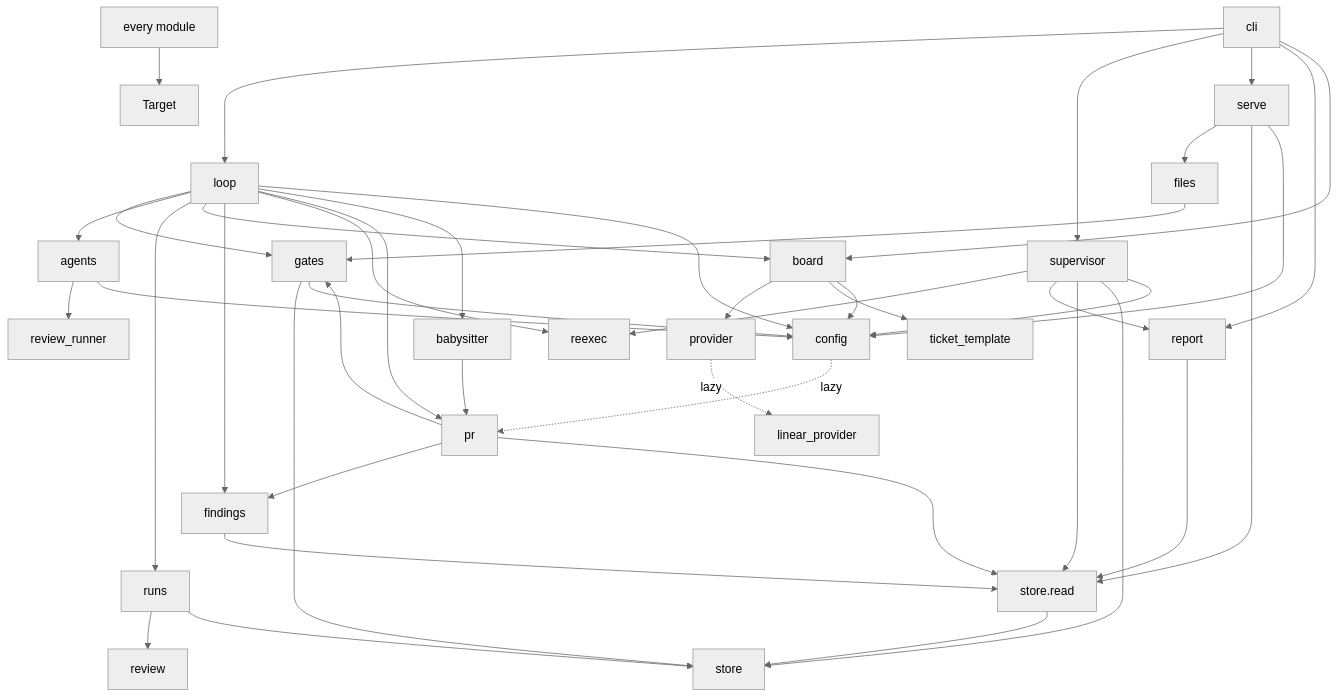
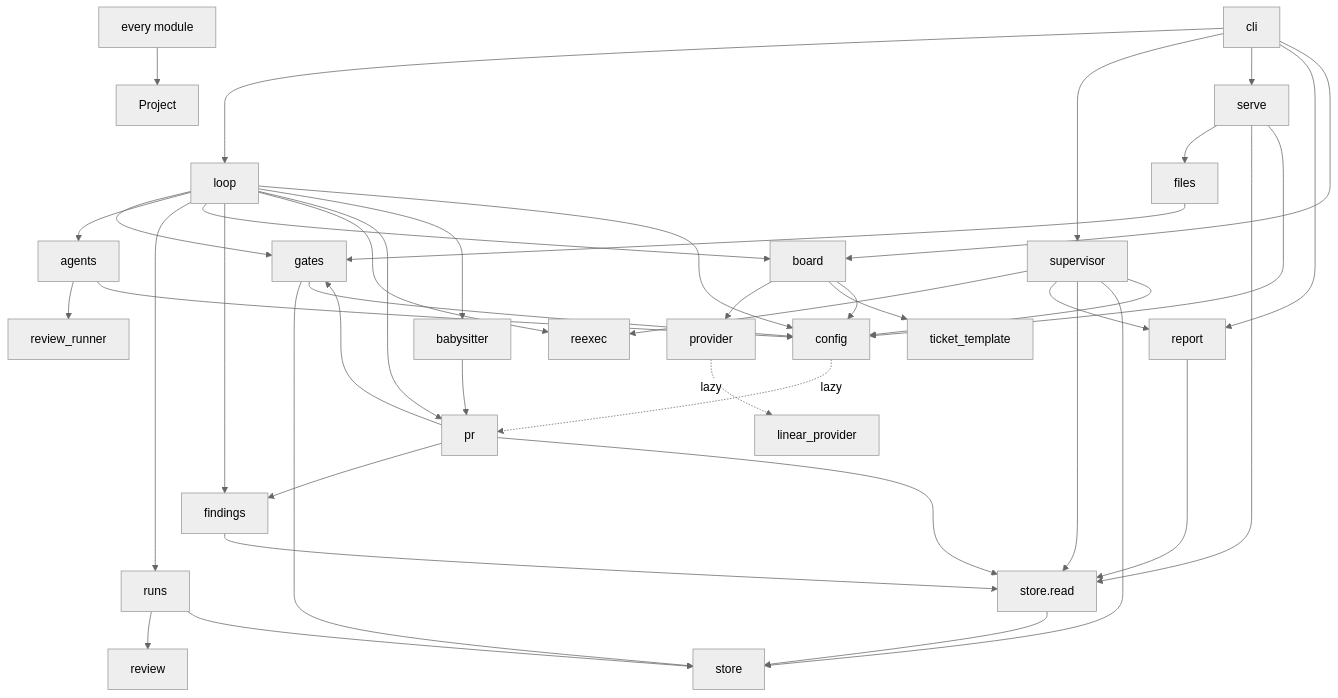
The diagram in docs/architecture/components.md (wevial/holophyte), drawn with Mermaid (neutral theme) before and after one commit. The commit also changed other lines of this file and 69 other files, not shown here.

First line of the commit message:
refactor(project): rename Target to Project in holophyte/project.py (KO-619)

````diff
--- a/docs/architecture/components.md
+++ b/docs/architecture/components.md
@@ -27,45 +27,45 @@
 ```mermaid
 flowchart TB
   cli[cli] --> loop
   cli --> supervisor
   cli --> serve
   cli --> report
   cli --> board
   loop --> gates
   loop --> agents
   loop --> runs
   loop --> board
   loop --> findings
   loop --> reexec
   loop --> pr
   loop --> babysitter
   babysitter --> pr
   pr --> findings
   pr --> gates
   pr --> read
   files --> gates
   serve --> files
   config -.lazy.-> pr
   supervisor --> reexec
   supervisor --> report
   agents --> review_runner[review_runner]
   runs --> review
   runs --> store
   gates --> store
   board --> provider
   board --> ticket_template[ticket_template]
   provider -.lazy.-> linear_provider[linear_provider]
   findings --> read[store.read]
   report --> read
   serve --> read
   supervisor --> read
   supervisor --> store
   read --> store
   loop --> config
   supervisor --> config
   serve --> config
   gates --> config
   agents --> config
   board --> config
-  everything[every module] --> target[Target]
+  everything[every module] --> project[Project]
 ```
````
